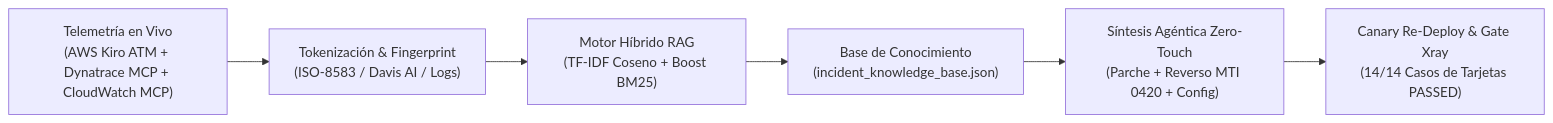
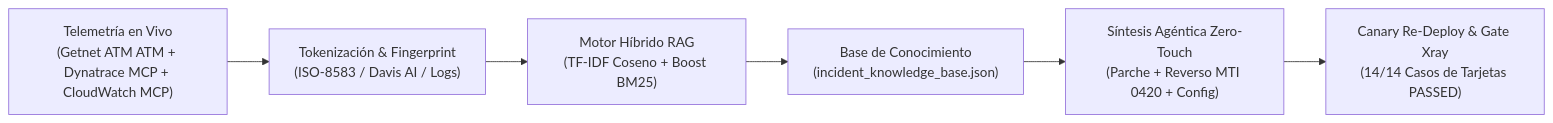
The diagram in rag-knowledge-base/README_RAG_ARCHITECTURE.md (AngC1/Getnet-Autonomous-ALM-QAOps), drawn with Mermaid before and after one commit. The commit also changed other lines of this file and 185 other files, not shown here.

Commit message:
feat(ux+atm): implement 5 CIO usability enhancements and rename AWS Kiro to Getnet ATM

````diff
--- a/rag-knowledge-base/README_RAG_ARCHITECTURE.md
+++ b/rag-knowledge-base/README_RAG_ARCHITECTURE.md
@@ -7,8 +7,8 @@
 ```mermaid
 flowchart LR
-    A["Telemetría en Vivo\n(AWS Kiro ATM + Dynatrace MCP + CloudWatch MCP)"] --> B["Tokenización & Fingerprint\n(ISO-8583 / Davis AI / Logs)"]
+    A["Telemetría en Vivo\n(Getnet ATM ATM + Dynatrace MCP + CloudWatch MCP)"] --> B["Tokenización & Fingerprint\n(ISO-8583 / Davis AI / Logs)"]
     B --> C["Motor Híbrido RAG\n(TF-IDF Coseno + Boost BM25)"]
     C --> D["Base de Conocimiento\n(incident_knowledge_base.json)"]
     D --> E["Síntesis Agéntica Zero-Touch\n(Parche + Reverso MTI 0420 + Config)"]
     E --> F["Canary Re-Deploy & Gate Xray\n(14/14 Casos de Tarjetas PASSED)"]
 ```
````
